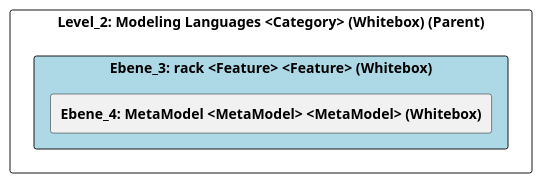
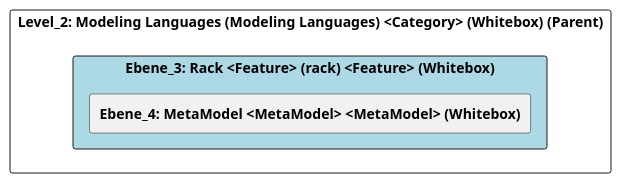
Before and after one commit to marcozwyssig/cleon: the diagram in doc/cleonproject_deliverables_architecture_model_architecture/adoc/de/05_bausteinsicht/cleon/modeling_languages/rack/ebene_3_rack.adoc, drawn with PlantUML. The commit also changed other lines of this file and 166 other files, not shown here.

```diff
--- a/doc/cleonproject_deliverables_architecture_model_architecture/adoc/de/05_bausteinsicht/cleon/modeling_languages/rack/ebene_3_rack.adoc
+++ b/doc/cleonproject_deliverables_architecture_model_architecture/adoc/de/05_bausteinsicht/cleon/modeling_languages/rack/ebene_3_rack.adoc
@@ -20,26 +20,26 @@
-[plantuml, Ebene_3: rack <Feature> <Feature> (Whitebox)BlockOverview, format="svg"]
+[plantuml, Ebene_3: Rack <Feature> (rack) <Feature> (Whitebox)BlockOverview, format="svg"]
 ----
-@startuml Ebene_3: rack <Feature> <Feature> (Whitebox)BuildingBlockOverview
+@startuml Ebene_3: Rack <Feature> (rack) <Feature> (Whitebox)BuildingBlockOverview
 
 skinparam ranksep 10
 skinparam componentStyle rectangle
 skinparam shadowing false
 skinparam arrowColor lightblue
 skinparam arrowThickness 1.2
 skinparam rectangle {
   BackgroundColor White
   BorderColor #333
   RoundCorner 10
 }
 top to bottom direction
 
-component "Level_2: Modeling Languages <Category> (Whitebox) (Parent)" {
-    component "Ebene_3: rack <Feature> <Feature> (Whitebox)" #lightblue {
+component "Level_2: Modeling Languages (Modeling Languages) <Category> (Whitebox) (Parent)" {
+    component "Ebene_3: Rack <Feature> (rack) <Feature> (Whitebox)" #lightblue {
         [**Ebene_4: MetaModel <MetaModel> <MetaModel> (Whitebox)**] as 4A56DE56_D579_11EE_903E_9F564E4DE07E
     }
 
     
 }
 
 @enduml
 ----
```
